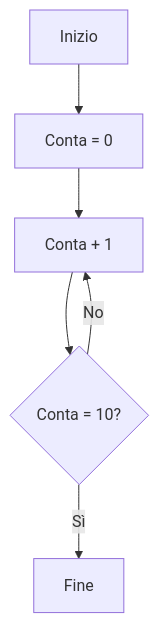
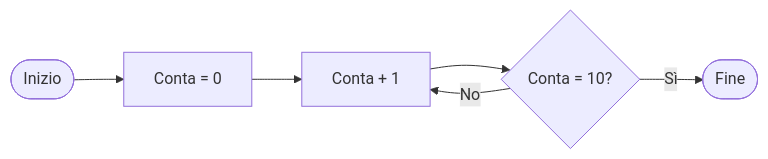
Before and after one commit to riccardodivirgilio/learning-zio: the fifth of 5 diagrams in src/content/docs/lessons/03-flow.md, drawn with Mermaid. The commit also changed other lines of this file, not shown here.

````diff
--- a/src/content/docs/lessons/03-flow.md
+++ b/src/content/docs/lessons/03-flow.md
@@ -61,8 +61,8 @@
 ```mermaid
-flowchart TD
-    A[Inizio] --> B[Conta = 0]
+flowchart LR
+    A([Inizio]) --> B[Conta = 0]
     B --> C[Conta + 1]
     C --> D{Conta = 10?}
     D -->|No| C
-    D -->|Sì| E[Fine]
+    D -->|Sì| E([Fine])
 ```
````
